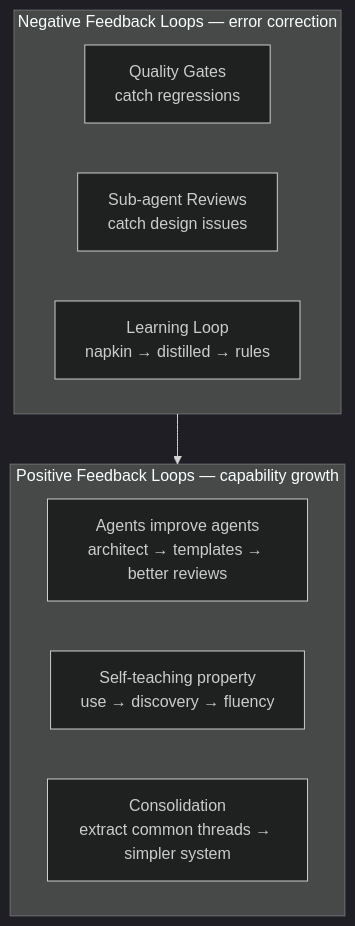
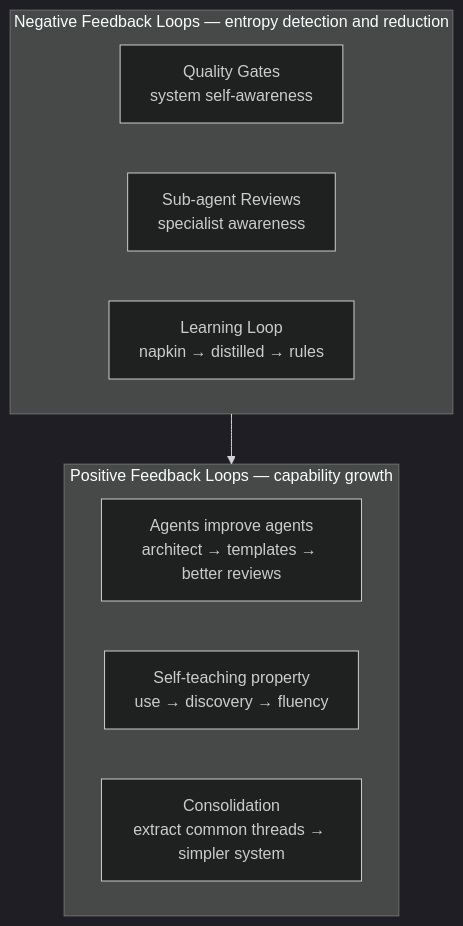
Before and after one commit to oaknational/oak-open-curriculum-ecosystem: the fourth of 4 diagrams in .agent/directives/practice.md, drawn with Mermaid (dark theme). The commit also changed other lines of this file and 99 other files, not shown here.

````diff
--- a/.agent/directives/practice.md
+++ b/.agent/directives/practice.md
@@ -121,16 +125,16 @@
 ```mermaid
 graph TB
-    subgraph negative ["Negative Feedback Loops — error correction"]
-        QG["Quality Gates<br/>catch regressions"]
-        SAR["Sub-agent Reviews<br/>catch design issues"]
+    subgraph negative ["Negative Feedback Loops — entropy detection and reduction"]
+        QG["Quality Gates<br/>system self-awareness"]
+        SAR["Sub-agent Reviews<br/>specialist awareness"]
         LL2["Learning Loop<br/>napkin → distilled → rules"]
     end
 
     subgraph positive ["Positive Feedback Loops — capability growth"]
         AIA["Agents improve agents<br/>architect → templates → better reviews"]
         STP["Self-teaching property<br/>use → discovery → fluency"]
         CONSOL["Consolidation<br/>extract common threads → simpler system"]
     end
 
     negative --> positive
 ```
````
